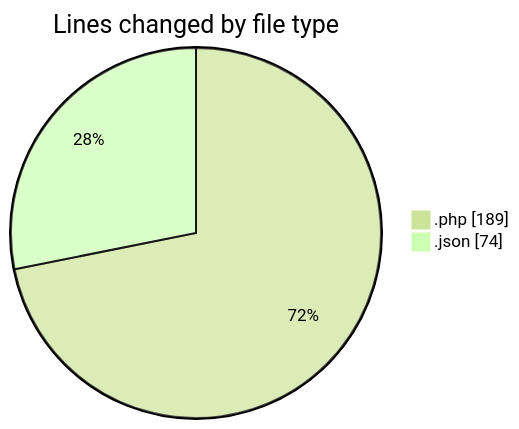
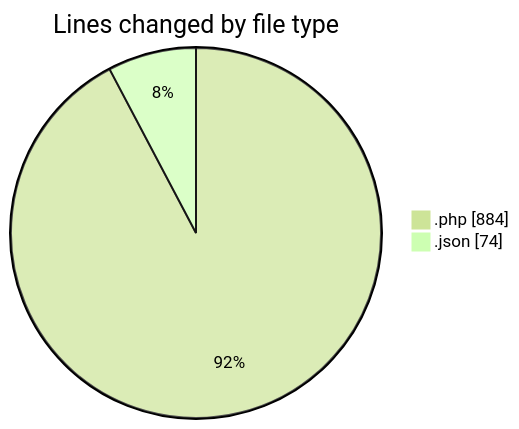
Before and after one commit to lephambinh05/code-tracking: the first of 2 diagrams in 2025-08-19/quytuthien_vn/README.md, drawn with Mermaid (forest theme). The commit also changed other lines of this file and 1 other file, not shown here.

````diff
--- a/2025-08-19/quytuthien_vn/README.md
+++ b/2025-08-19/quytuthien_vn/README.md
@@ -21,6 +39,6 @@
 ```mermaid
 pie showData
 title Lines changed by file type
-".php" : 189
+".php" : 884
 ".json" : 74
 ```
````
